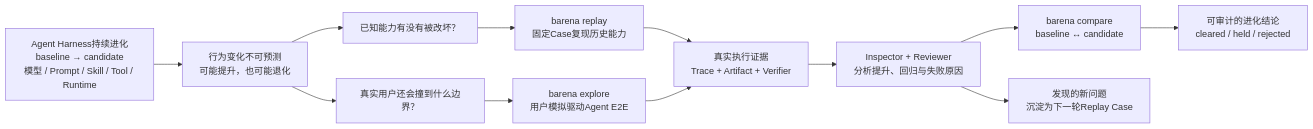
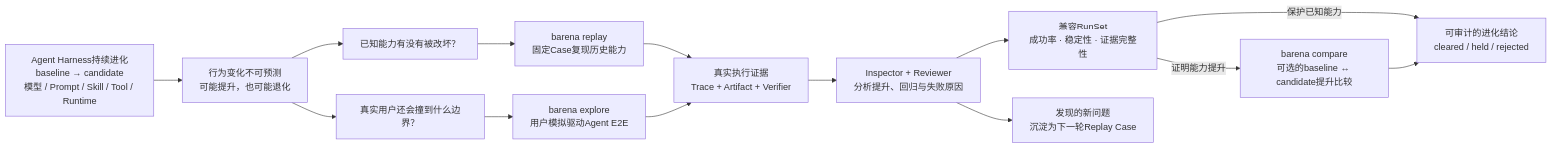
The first of 2 diagrams in README.md (fightheyyy/barena), drawn with Mermaid before and after one commit. The commit also changed other lines of this file and 54 other files, not shown here.

````diff
--- a/README.md
+++ b/README.md
@@ -23,36 +23,39 @@
 ```mermaid
 flowchart LR
     Change["Agent Harness持续进化<br/>baseline → candidate<br/>模型 / Prompt / Skill / Tool / Runtime"]
 
     Risk["行为变化不可预测<br/>可能提升，也可能退化"]
 
     Known["已知能力有没有被改坏？"]
     Unknown["真实用户还会撞到什么边界？"]
 
     Replay["barena replay<br/>固定Case复现历史能力"]
     E2E["barena explore<br/>用户模拟驱动Agent E2E"]
 
     Evidence["真实执行证据<br/>Trace + Artifact + Verifier"]
 
     Review["Inspector + Reviewer<br/>分析提升、回归与失败原因"]
 
-    Compare["barena compare<br/>baseline ↔ candidate"]
+    RunSet["兼容RunSet<br/>成功率 · 稳定性 · 证据完整性"]
+    Compare["barena compare<br/>可选的baseline ↔ candidate提升比较"]
 
     Decision["可审计的进化结论<br/>cleared / held / rejected"]
     NewCase["发现的新问题<br/>沉淀为下一轮Replay Case"]
 
     Change --> Risk
     Risk --> Known
     Risk --> Unknown
 
     Known --> Replay
     Unknown --> E2E
 
     Replay --> Evidence
     E2E --> Evidence
 
     Evidence --> Review
-    Review --> Compare
+    Review --> RunSet
+    RunSet -->|"保护已知能力"| Decision
+    RunSet -->|"证明能力提升"| Compare
     Compare --> Decision
     Review --> NewCase
 ```
````
